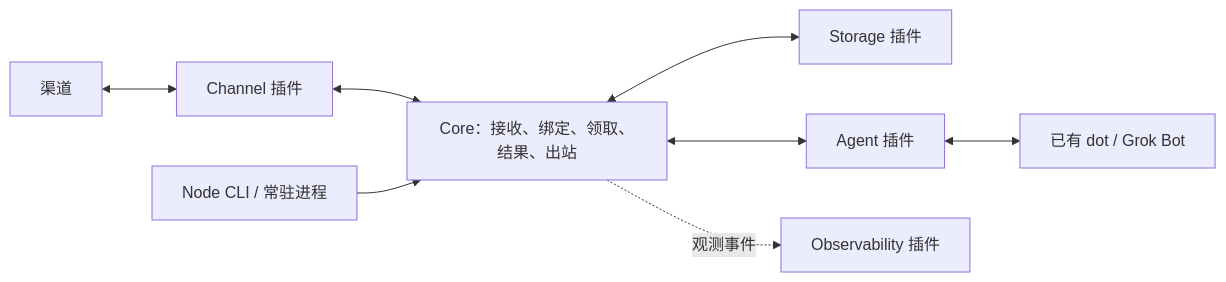
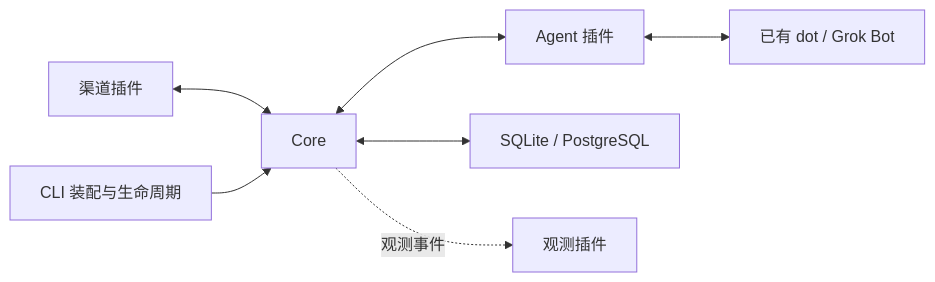
Before and after one commit to relanox/relanox: the diagram in docs/ARCHITECTURE.md, drawn with Mermaid. The commit also changed other lines of this file and 47 other files, not shown here.

````diff
--- a/docs/ARCHITECTURE.md
+++ b/docs/ARCHITECTURE.md
@@ -31,10 +7,9 @@
 ```mermaid
 flowchart LR
-  C[渠道] <--> CH[Channel 插件]
-  CH <--> CORE[Core：接收、绑定、领取、结果、出站]
-  CORE <--> ST[Storage 插件]
-  CORE <--> AG[Agent 插件]
-  AG <--> HOSTED[已有 dot / Grok Bot]
-  RT[Node CLI / 常驻进程] --> CORE
-  CORE -. 观测事件 .-> OBS[Observability 插件]
+  Channel[渠道插件] <--> Core[Core]
+  Core <--> Agent[Agent 插件]
+  Agent <--> Hosted[已有 dot / Grok Bot]
+  Core <--> Storage[SQLite / PostgreSQL]
+  CLI[CLI 装配与生命周期] --> Core
+  Core -. 观测事件 .-> Observability[观测插件]
 ```
````
